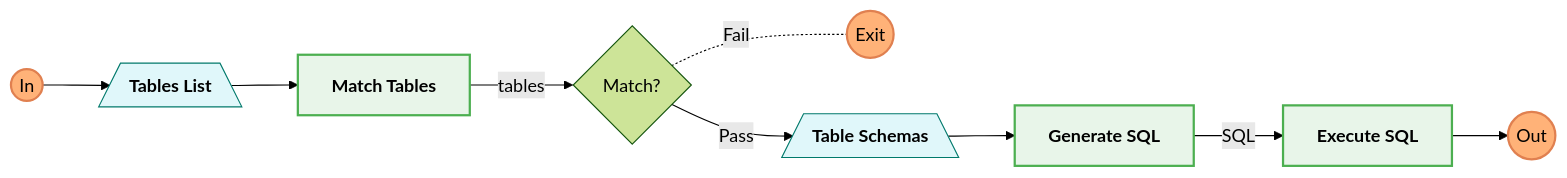
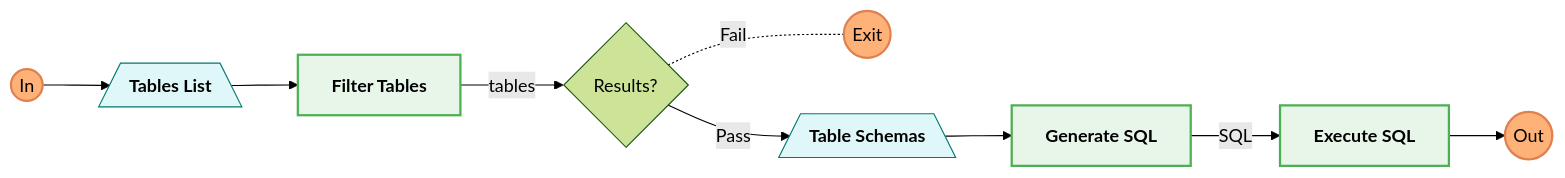
One commit to brucee63/natural-lang-to-sql changed the first of 3 diagrams in README.md. Above: the diagram before and after it, drawn with Mermaid (forest theme). The commit also changed other lines of this file, not shown here.

````diff
--- a/README.md
+++ b/README.md
@@ -8,27 +8,27 @@
 ```mermaid
 flowchart LR;
 classDef llmCall fill: #e8f5e9,stroke: #4caf50,stroke-width:2px,font-weight:bold;
 
 classDef startStop fill:#ffb278,stroke: #e08050,stroke-width:2px
 
 classDef dataNode fill:#e0f7fa,stroke: #00796b,color: #004d40 stroke-width:2px,font-weight:bold;
 
 in((In)):::startStop  
 tables[/Tables List\]:::dataNode
-tablematch[Match Tables ]:::llmCall
-matchtables{Match?}
+filtertables[Filter Tables]:::llmCall
+matchtables{Results?}
 exit((Exit)):::startStop
 getschemas[/Table Schemas\]:::dataNode
 generatesql[Generate SQL]:::llmCall
 executesql[Execute SQL]:::llmCall
 out((Out)):::startStop
 
 in --> tables
-tables --> tablematch
-tablematch --tables--> matchtables
+tables --> filtertables
+filtertables --tables--> matchtables
 matchtables --Pass--> getschemas
 matchtables -.-|Fail| exit
 getschemas --> generatesql
 generatesql --SQL--> executesql
 executesql --> out
 ```
````
